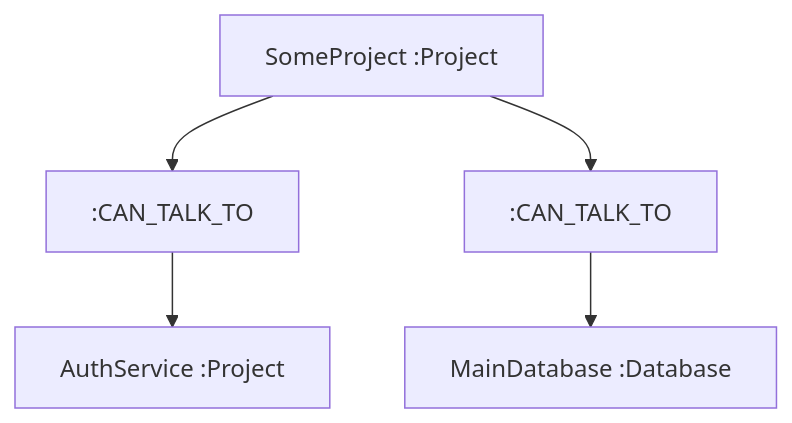
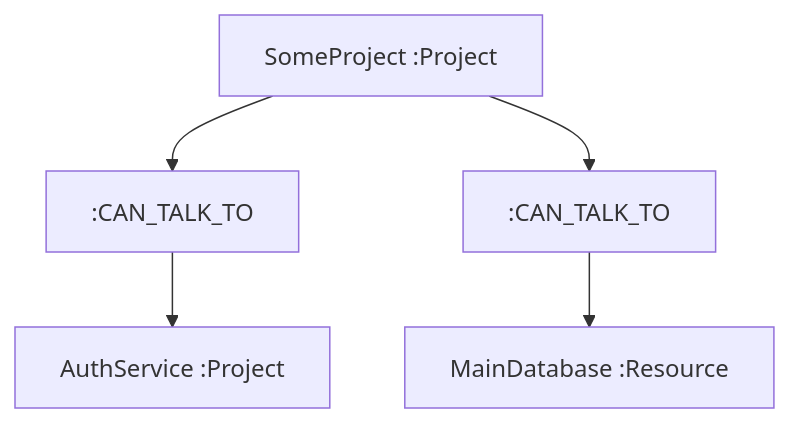
The fourth of 4 diagrams in content/posts/029-2020-01-10-project-analysis-neo4j/Projects.mermaid (chestercodes/chester.codes), drawn with Mermaid before and after one commit. The commit also changed 3 other files, not shown here.

````diff
--- a/content/posts/029-2020-01-10-project-analysis-neo4j/Projects.mermaid
+++ b/content/posts/029-2020-01-10-project-analysis-neo4j/Projects.mermaid
@@ -37,5 +37,5 @@
 ```mermaid
 graph TD;
     SomeApi[SomeProject :Project ]-->R001[:CAN_TALK_TO]-->L01[AuthService :Project];
-    SomeApi-->R003[:CAN_TALK_TO]-->L03[MainDatabase :Database];
+    SomeApi-->R003[:CAN_TALK_TO]-->L03[MainDatabase :Resource];
 ```
````
